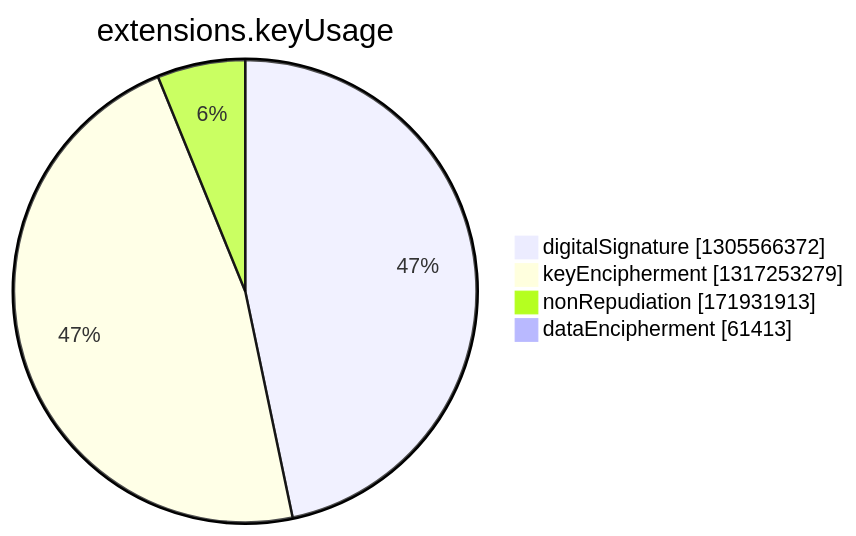
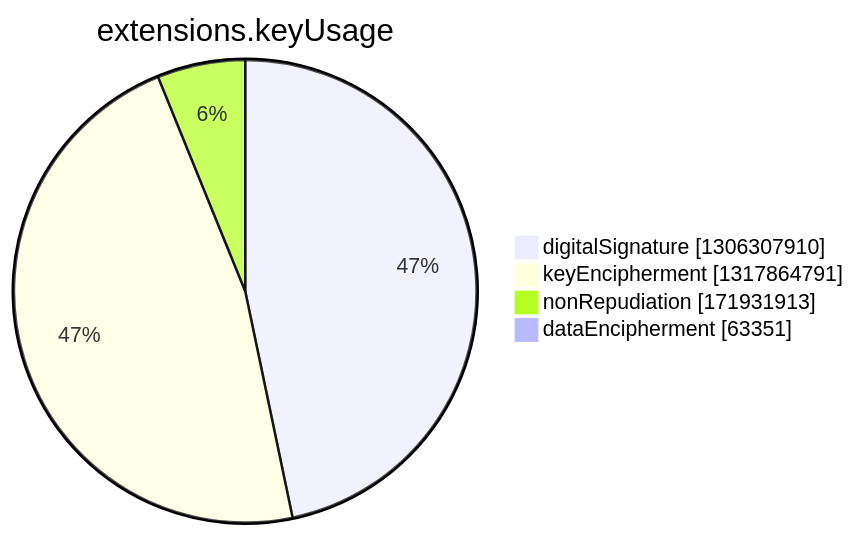
The seventh of 15 diagrams in argon2022/README.md (christiankrug/ctmonitor_visualization), drawn with Mermaid before and after one commit. The commit also changed other lines of this file, not shown here.

````diff
--- a/argon2022/README.md
+++ b/argon2022/README.md
@@ -2749,8 +2750,8 @@
 ```mermaid
 pie showData
 title extensions.keyUsage
-"digitalSignature" :1305566372
-"keyEncipherment" :1317253279
+"digitalSignature" :1306307910
+"keyEncipherment" :1317864791
 "nonRepudiation" :171931913
-"dataEncipherment" :61413
+"dataEncipherment" :63351
 ```
````
